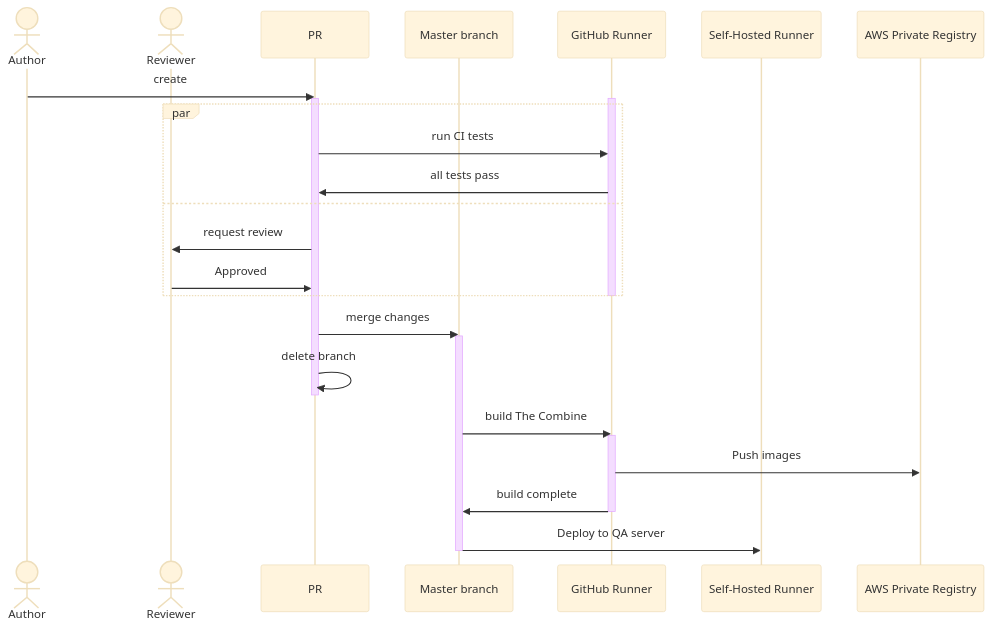
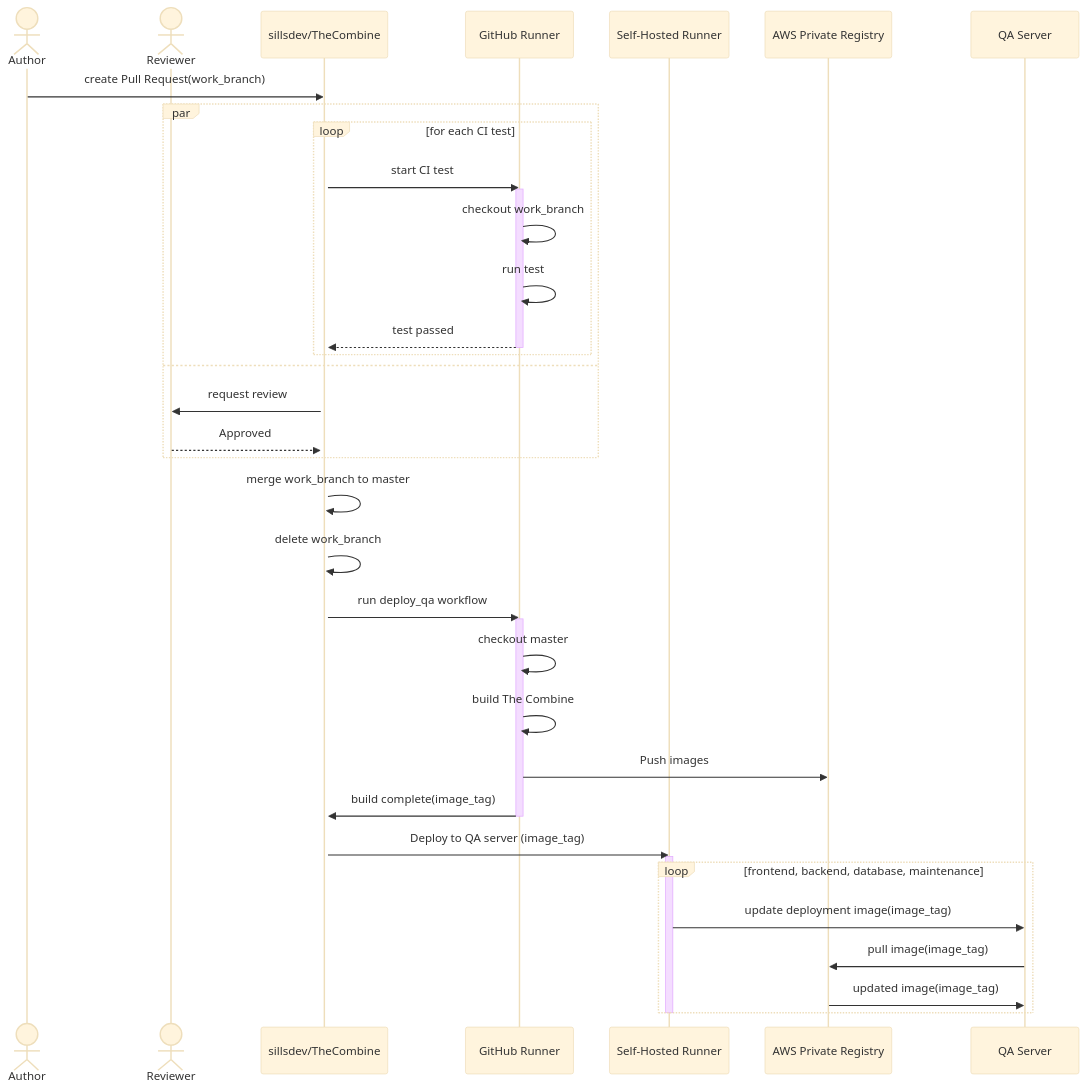
The first of 2 diagrams in README.md (sillsdev/TheCombine), drawn with Mermaid (base theme) before and after one commit. The commit also changed other lines of this file, not shown here.

Commit message:
Update CI/CD sequence diagrams

````diff
--- a/README.md
+++ b/README.md
@@ -968,32 +968,42 @@
 ```mermaid
 sequenceDiagram
    actor Author
    actor Reviewer
-   participant PR
-   participant master as Master branch
-   participant GH as GitHub Runner
-   participant SH as Self-Hosted Runner
+   participant github as sillsdev/TheCombine
+   participant gh_runner as GitHub Runner
+   participant sh_runner as Self-Hosted Runner
    participant reg as AWS Private Registry
-   Author ->> PR: create
-   activate PR
-   activate GH
+   participant server as QA Server
+   Author ->> github: create Pull Request(work_branch)
+   activate github
    par
-      PR ->> GH: run CI tests
-      GH ->> PR: all tests pass
+      loop for each CI test
+         github ->> gh_runner: start CI test
+         activate gh_runner
+            gh_runner ->> gh_runner: checkout work_branch
+            gh_runner ->> gh_runner: run test
+            gh_runner -->> github: test passed
+         deactivate gh_runner
+      end
    and
-      PR ->> Reviewer: request review
-      Reviewer ->> PR: Approved
+      github ->> Reviewer: request review
+      Reviewer -->> github: Approved
    end
-   deactivate GH
-   PR ->> master: merge changes
-   activate master
-   PR ->> PR: delete branch
-   deactivate PR
-   master ->> GH: build The Combine
-   activate GH
-   GH ->> reg: Push images
-   GH ->> master: build complete
-   deactivate GH
-   master ->> SH: Deploy to QA server
-   deactivate master
+   github ->> github: merge work_branch to master
+   github ->> github: delete work_branch
+   github ->> gh_runner: run deploy_qa workflow
+   activate gh_runner
+   gh_runner ->> gh_runner: checkout master
+   gh_runner ->> gh_runner: build The Combine
+   gh_runner ->> reg: Push images
+   gh_runner ->> github: build complete(image_tag)
+   deactivate gh_runner
+   github ->> sh_runner: Deploy to QA server (image_tag)
+   activate sh_runner
+   loop frontend, backend, database, maintenance
+      sh_runner ->> server: update deployment image(image_tag)
+      server ->> reg: pull image(image_tag)
+      reg ->> server: updated image(image_tag)
+   end
+   deactivate sh_runner
 ```
````
